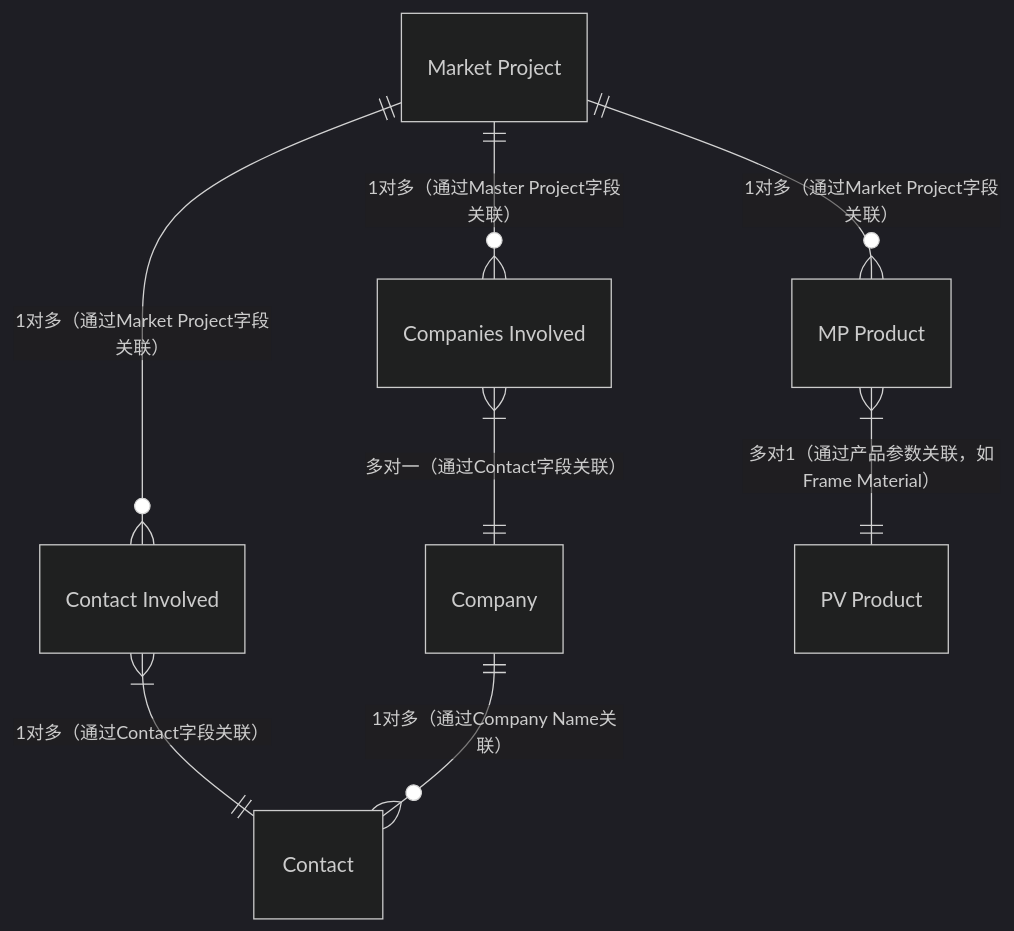
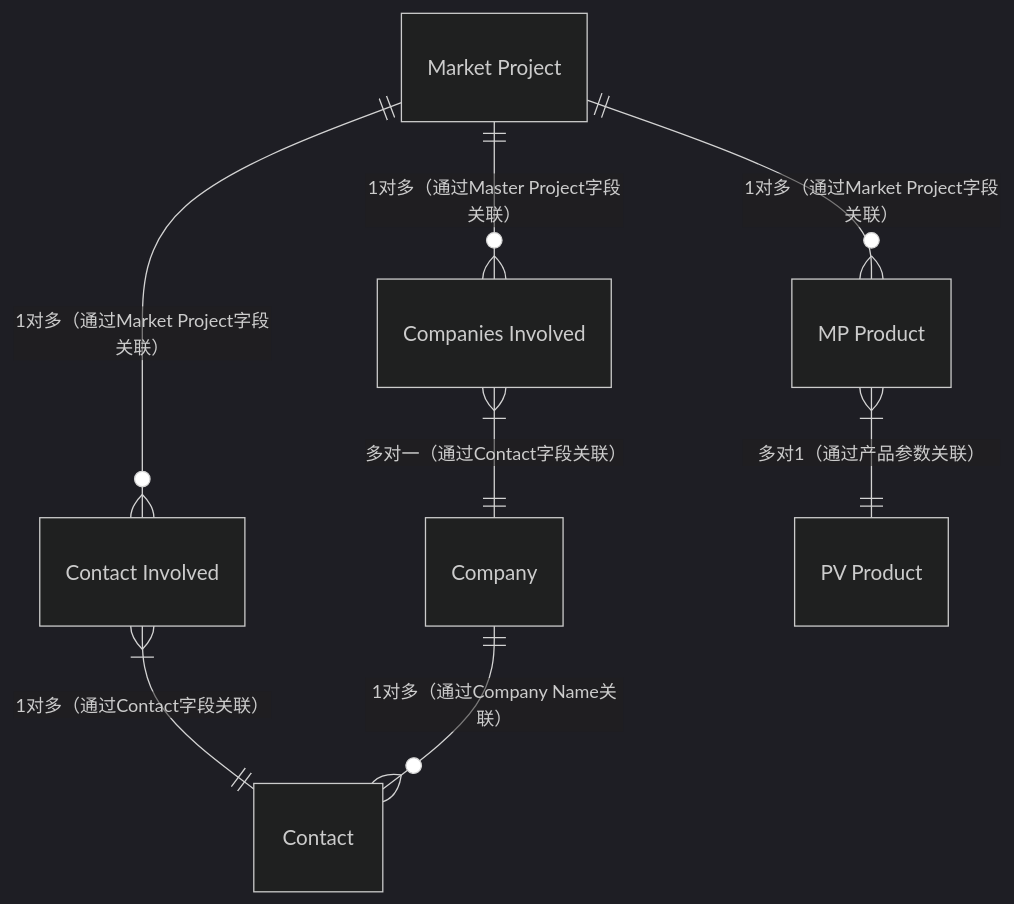
One commit to zhangziru-33/iodraw-files changed the diagram in all/Norden数据E-R图(7个对象，+contact).md. Above: the diagram before and after it, drawn with Mermaid (dark theme).

Commit message:
2025-12-04 14:49:39 update

````diff
--- a/all/Norden数据E-R图(7个对象，+contact).md
+++ b/all/Norden数据E-R图(7个对象，+contact).md
@@ -1,20 +1,20 @@
 ```mermaid
 erDiagram
     
     %% Company ||--o{ "PV Product" : "1对多（通过Company字段关联）"
     
     
     "Market Project" ||--o{ "Contact Involved" : "1对多（通过Market Project字段关联）"
     "Contact Involved" }|--|| "Contact" : "1对多（通过Contact字段关联）"
     %% Contact ||--o{ "Conatct Involved" : "1对多（通过Conatct字段关联）"
     Company ||--o{ "Contact" : "1对多（通过Company Name关联）"
     %% Company ||--o{ "Companies Involved" : "1对多（通过Company Name关联）"
     "Companies Involved" }|--|| "Company" : "多对一（通过Contact字段关联）"
     "Market Project" ||--o{ "Companies Involved" : "1对多（通过Master Project字段关联）"
     
 
     "Market Project" ||--o{ "MP Product" : "1对多（通过Market Project字段关联）"
-    "MP Product" }|--|| "PV Product" : "多对1（通过产品参数关联，如Frame Material）"
+    "MP Product" }|--|| "PV Product" : "多对1（通过产品参数关联）"
    
     
 ```
````
